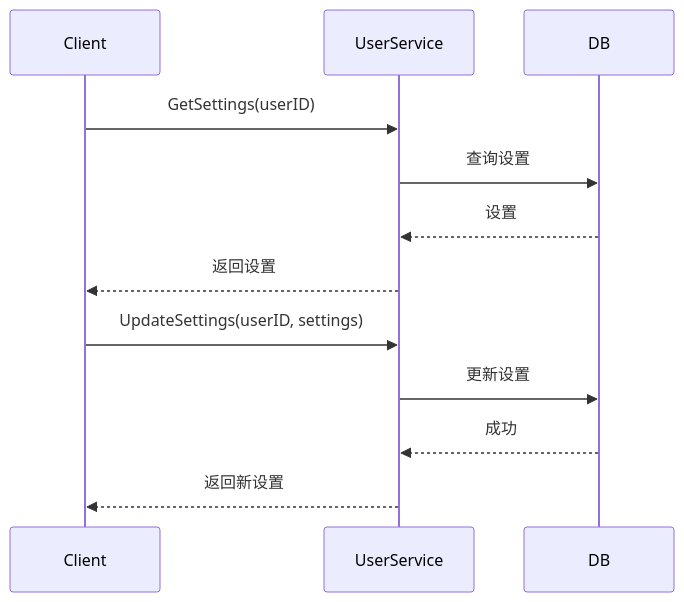
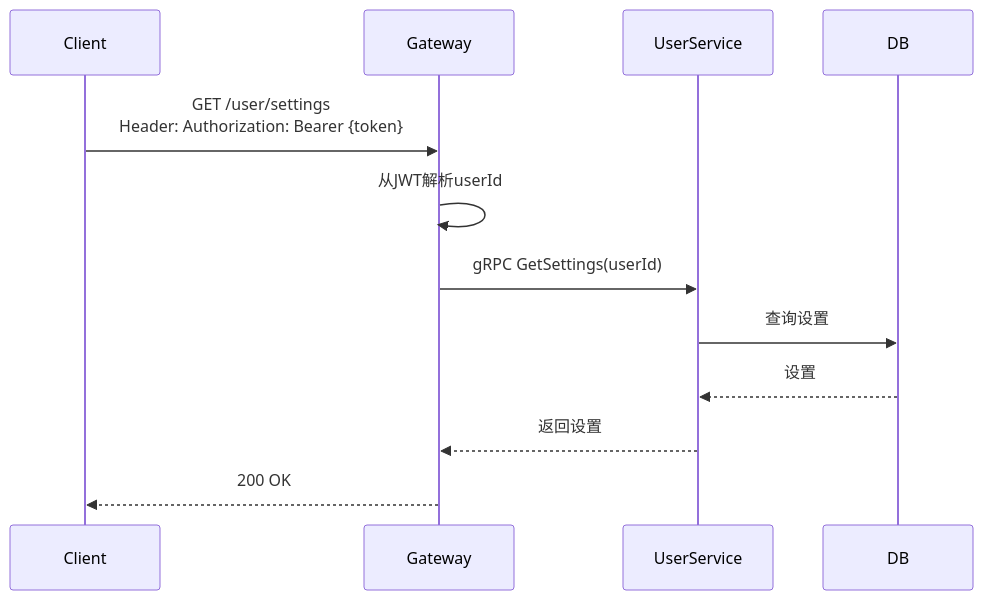
Before and after one commit to yzhgit/anychat-server: the first of 2 diagrams in docs/design/user/settings.md, drawn with Mermaid. The commit also changed other lines of this file and 30 other files, not shown here.

First line of the commit message:
docs: 更新设计文档时序图，添加Gateway和NATS参与者

````diff
--- a/docs/design/user/settings.md
+++ b/docs/design/user/settings.md
@@ -32,16 +34,15 @@
 ```mermaid
 sequenceDiagram
     participant Client
+    participant Gateway
     participant UserService
     participant DB
 
-    Client->>UserService: GetSettings(userID)
+    Client->>Gateway: GET /user/settings<br/>Header: Authorization: Bearer {token}
+    Gateway->>Gateway: 从JWT解析userId
+    Gateway->>UserService: gRPC GetSettings(userId)
     UserService->>DB: 查询设置
     DB-->>UserService: 设置
-    UserService-->>Client: 返回设置
-
-    Client->>UserService: UpdateSettings(userID, settings)
-    UserService->>DB: 更新设置
-    DB-->>UserService: 成功
-    UserService-->>Client: 返回新设置
+    UserService-->>Gateway: 返回设置
+    Gateway-->>Client: 200 OK
 ```
````
